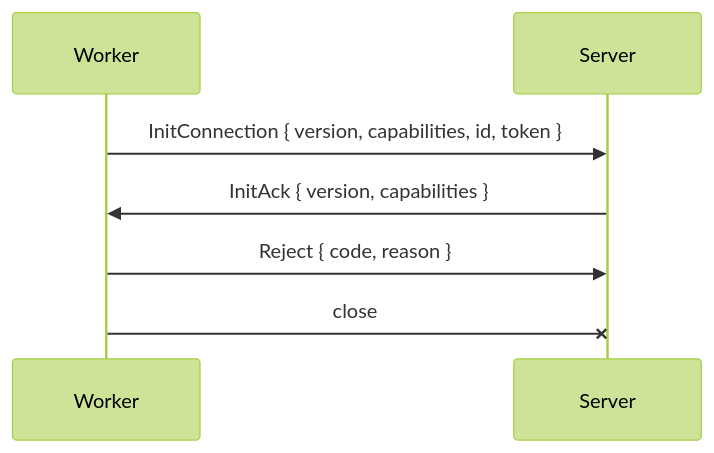
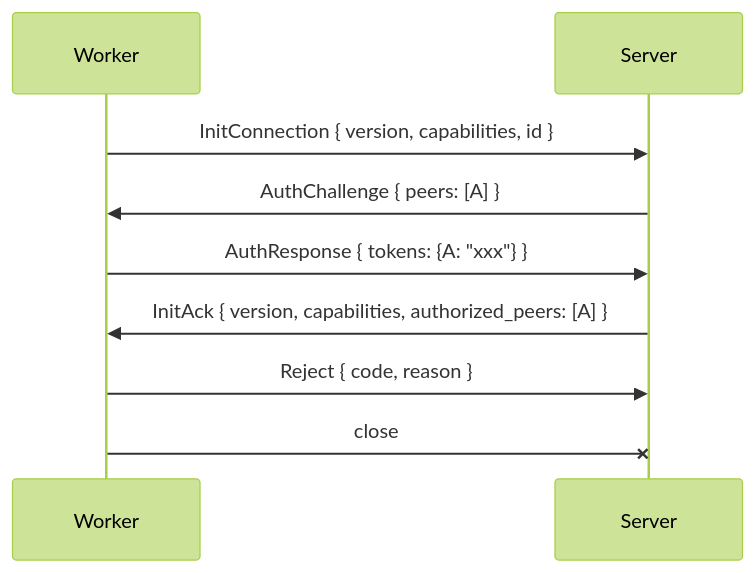
Before and after one commit to wavelens/gradient: the third of 20 diagrams in docs/src/development/proto.md, drawn with Mermaid (forest theme). The commit also changed other lines of this file and 29 other files, not shown here.

````diff
--- a/docs/src/development/proto.md
+++ b/docs/src/development/proto.md
@@ -35,10 +39,12 @@
 ```mermaid
 sequenceDiagram
     participant W as Worker
     participant S as Server
 
-    W->>S: InitConnection { version, capabilities, id, token }
-    S->>W: InitAck { version, capabilities }
+    W->>S: InitConnection { version, capabilities, id }
+    S->>W: AuthChallenge { peers: [A] }
+    W->>S: AuthResponse { tokens: {A: "xxx"} }
+    S->>W: InitAck { version, capabilities, authorized_peers: [A] }
     W->>S: Reject { code, reason }
     W-xS: close
 ```
````
